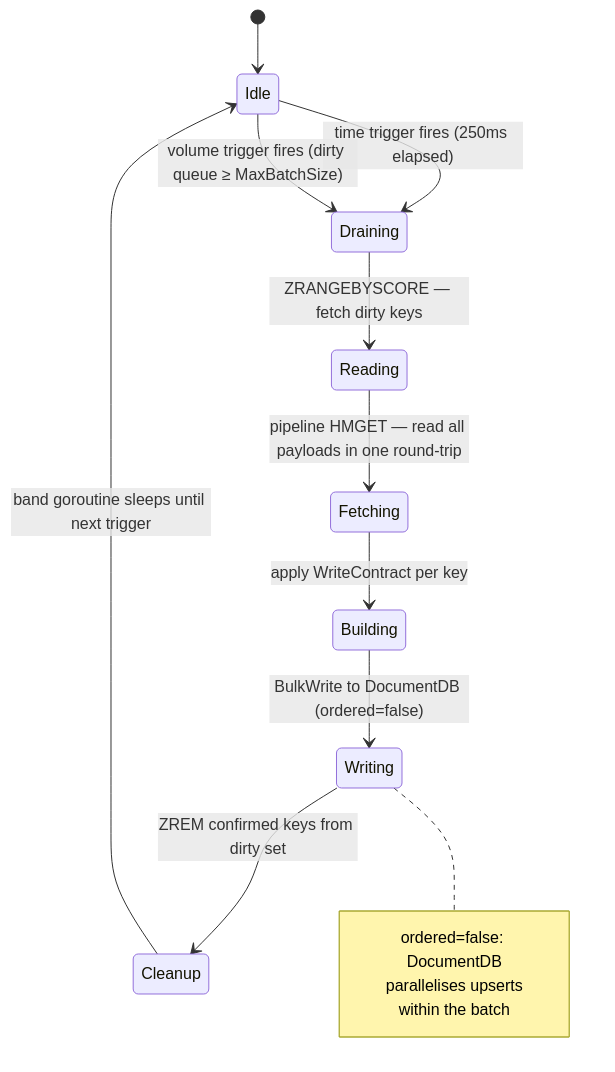
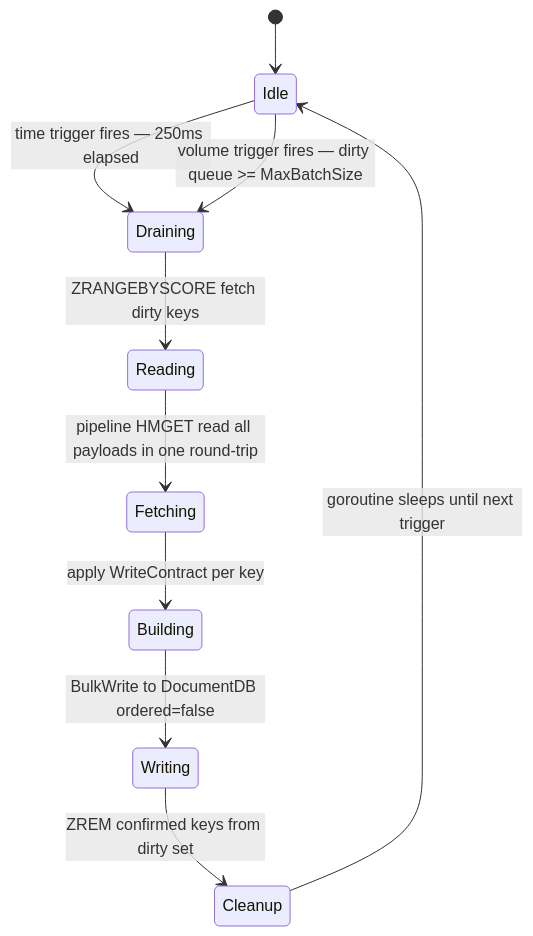
Before and after one commit to hussainpithawala/sluice-go: the fifth of 8 diagrams in README.md, drawn with Mermaid. The commit also changed other lines of this file, not shown here.

````diff
--- a/README.md
+++ b/README.md
@@ -155,18 +156,12 @@
 ```mermaid
 stateDiagram-v2
-    [*]      --> Idle
-    Idle     --> Draining : time trigger fires (250ms elapsed)
-    Idle     --> Draining : volume trigger fires (dirty queue ≥ MaxBatchSize)
-    Draining --> Reading  : ZRANGEBYSCORE — fetch dirty keys
-    Reading  --> Fetching : pipeline HMGET — read all payloads in one round-trip
+    [*] --> Idle
+    Idle --> Draining : time trigger fires — 250ms elapsed
+    Idle --> Draining : volume trigger fires — dirty queue >= MaxBatchSize
+    Draining --> Reading : ZRANGEBYSCORE fetch dirty keys
+    Reading --> Fetching : pipeline HMGET read all payloads in one round-trip
     Fetching --> Building : apply WriteContract per key
-    Building --> Writing  : BulkWrite to DocumentDB (ordered=false)
-    Writing  --> Cleanup  : ZREM confirmed keys from dirty set
-    Cleanup  --> Idle     : band goroutine sleeps until next trigger
-
-    note right of Writing
-        ordered=false: DocumentDB
-        parallelises upserts
-        within the batch
-    end note
+    Building --> Writing : BulkWrite to DocumentDB ordered=false
+    Writing --> Cleanup : ZREM confirmed keys from dirty set
+    Cleanup --> Idle : goroutine sleeps until next trigger
 ```
````
